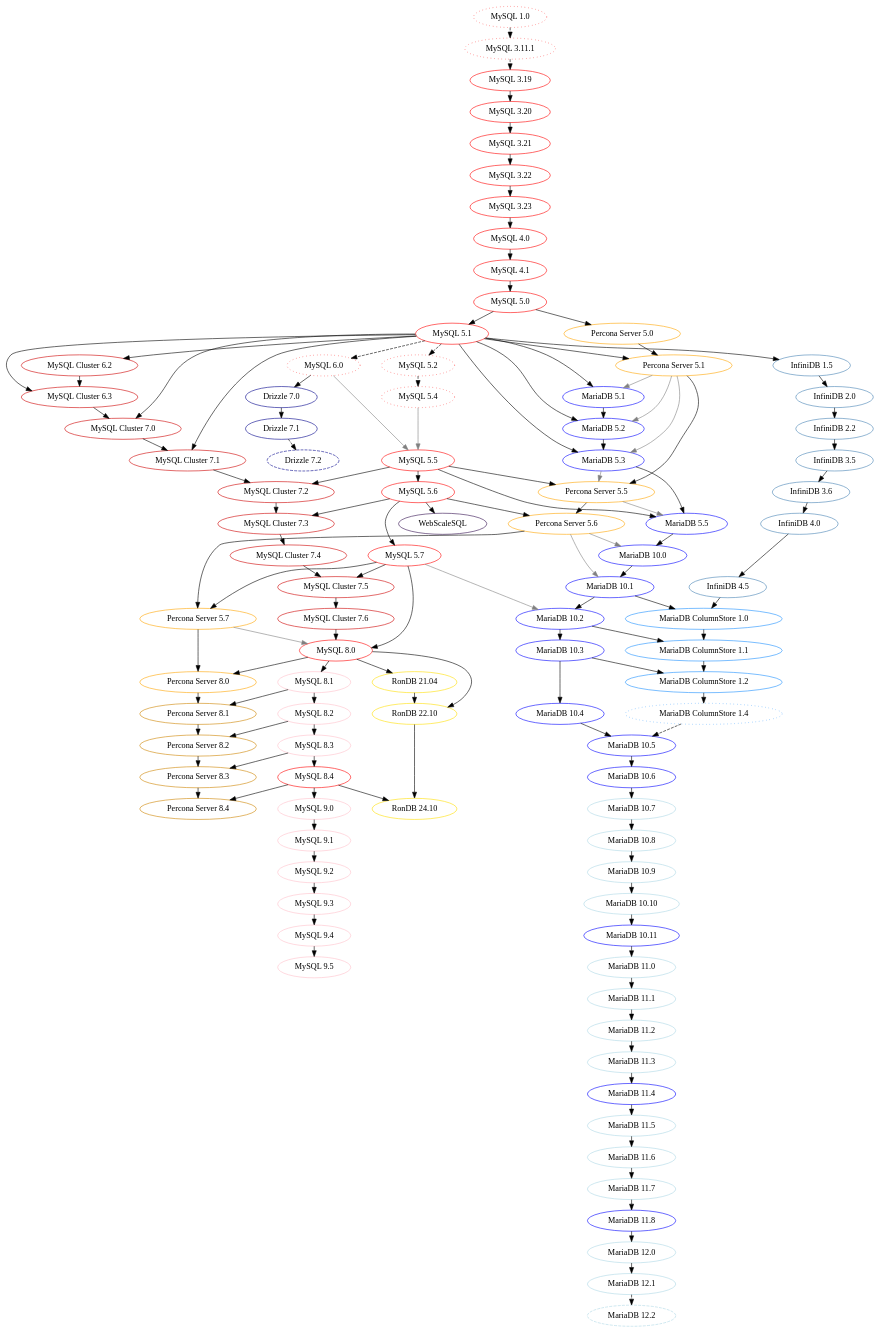
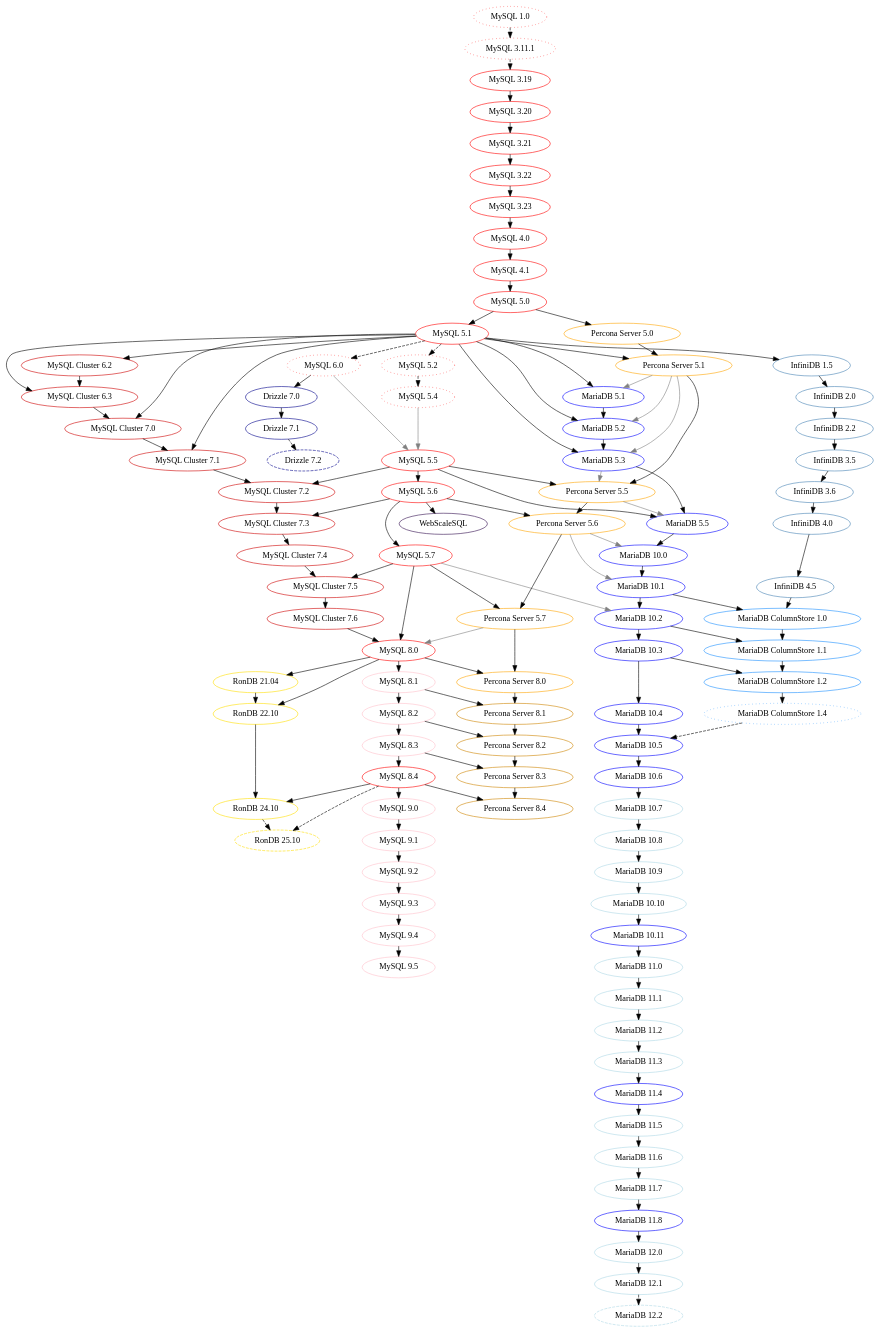
One commit to dveeden/mysql-history-graph changed the diagram in mysql-history-graph.dot. Above: the diagram before and after it, drawn with Graphviz. The commit also changed 2 other files, not shown here.

Commit message:
Add RonDB 25.10
"RonDB 25.10 development has started and is also bound to MySQL 8.4
(currently 8.4.6 whereas 24.10 is merged with 8.4.4). 25.10 is likely
not going to be LTS."

```diff
--- a/mysql-history-graph.dot
+++ b/mysql-history-graph.dot
@@ -278,11 +278,14 @@
 	"RonDB 21.04" [color="#ffdf00"];
 	"RonDB 22.10" [color="#ffdf00"];
 	"RonDB 24.10" [color="#ffdf00"]
+	"RonDB 25.10" [color="#ffdf00", style="dashed"]
 	"RonDB 21.04" -> "RonDB 22.10";
 	"RonDB 22.10" -> "RonDB 24.10";
+	"RonDB 24.10" -> "RonDB 25.10" [style="dashed"];
 	"MySQL 8.0" -> "RonDB 21.04";
 	"MySQL 8.0" -> "RonDB 22.10";
 	"MySQL 8.4" -> "RonDB 24.10";
+	"MySQL 8.4" -> "RonDB 25.10" [style="dashed"];
 
 	"WebScaleSQL" [color="#330e50"];
 	"MySQL 5.6" -> "WebScaleSQL";
```
